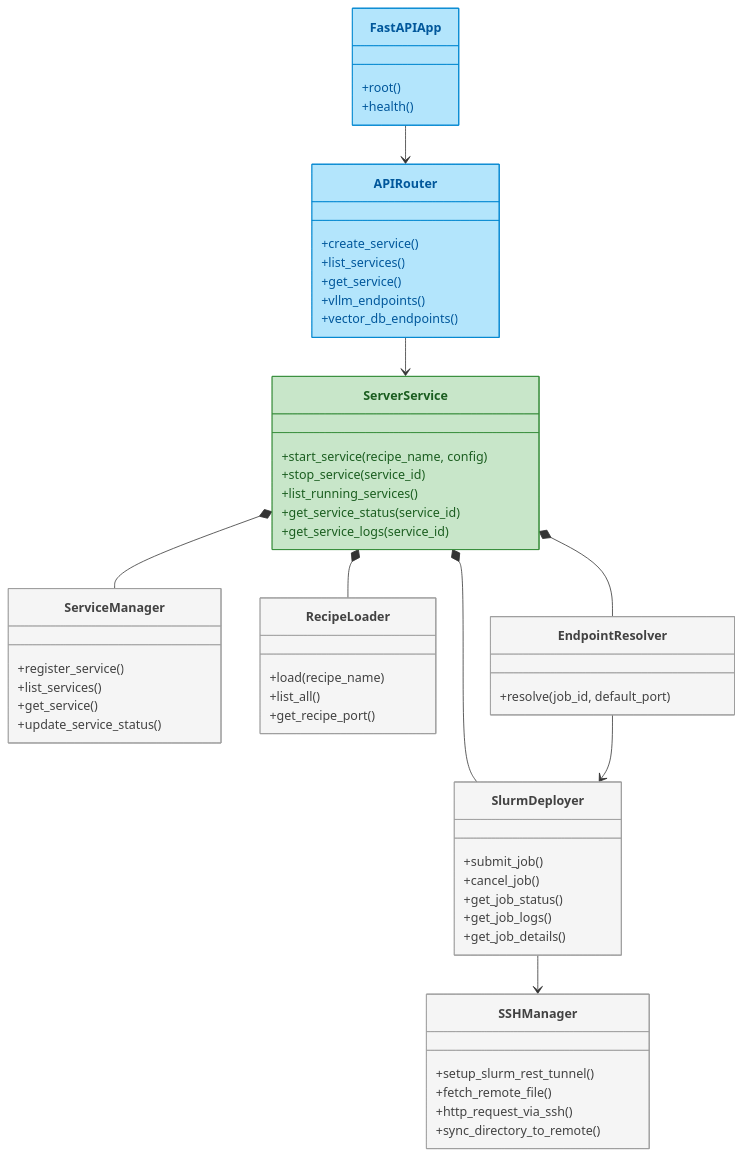
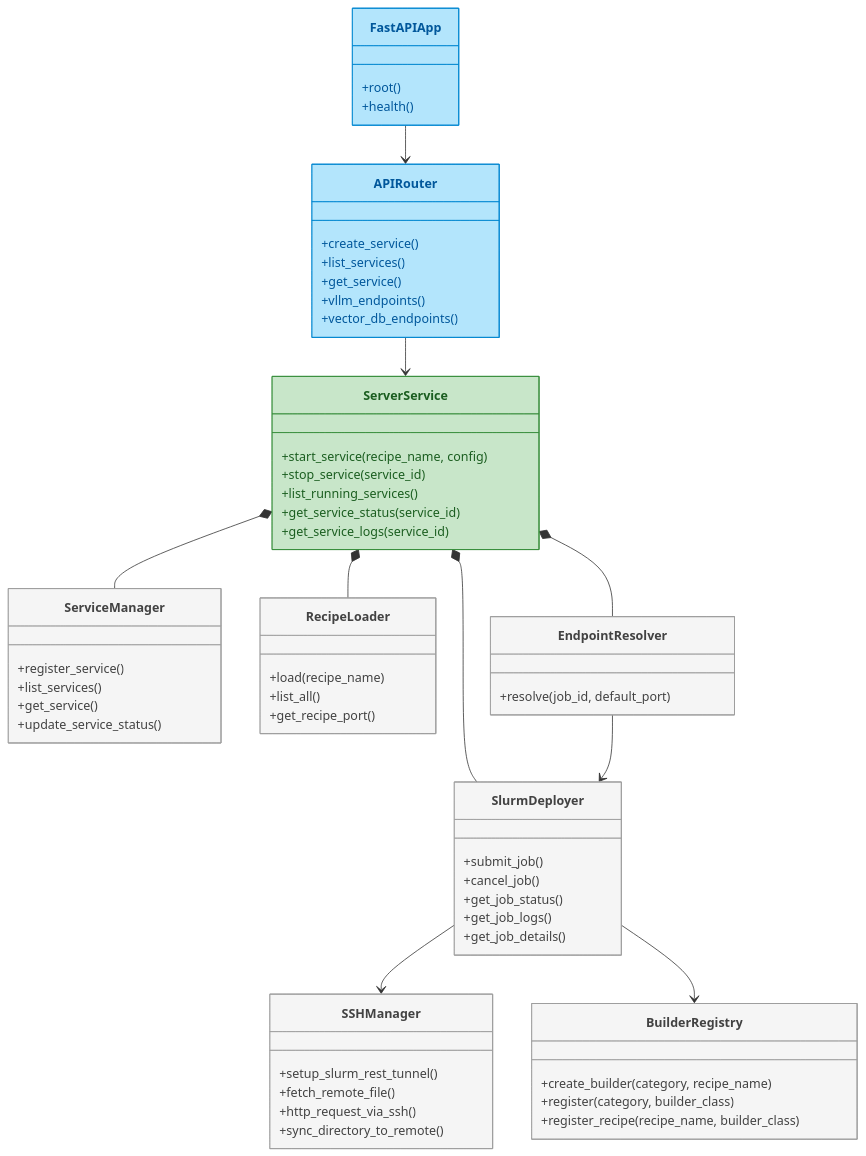
Before and after one commit to GiacomoPauletti/Benchmarking-AI-Factories: the first of 3 diagrams in docs-src/services/server.md, drawn with Mermaid. The commit also changed other lines of this file and 15 other files, not shown here.

```diff
--- a/docs-src/services/server.md
+++ b/docs-src/services/server.md
@@ -82,6 +82,12 @@
     +resolve(job_id, default_port)
 }
 
+class BuilderRegistry:::infra {
+    +create_builder(category, recipe_name)
+    +register(category, builder_class)
+    +register_recipe(recipe_name, builder_class)
+}
+
 %% =========================================
 %% Main Relationships
 %% =========================================
@@ -92,6 +98,7 @@
 ServerService *-- RecipeLoader
 ServerService *-- EndpointResolver
 SlurmDeployer --> SSHManager
+SlurmDeployer --> BuilderRegistry
 EndpointResolver --> SlurmDeployer
 
 %% =========================================
```
